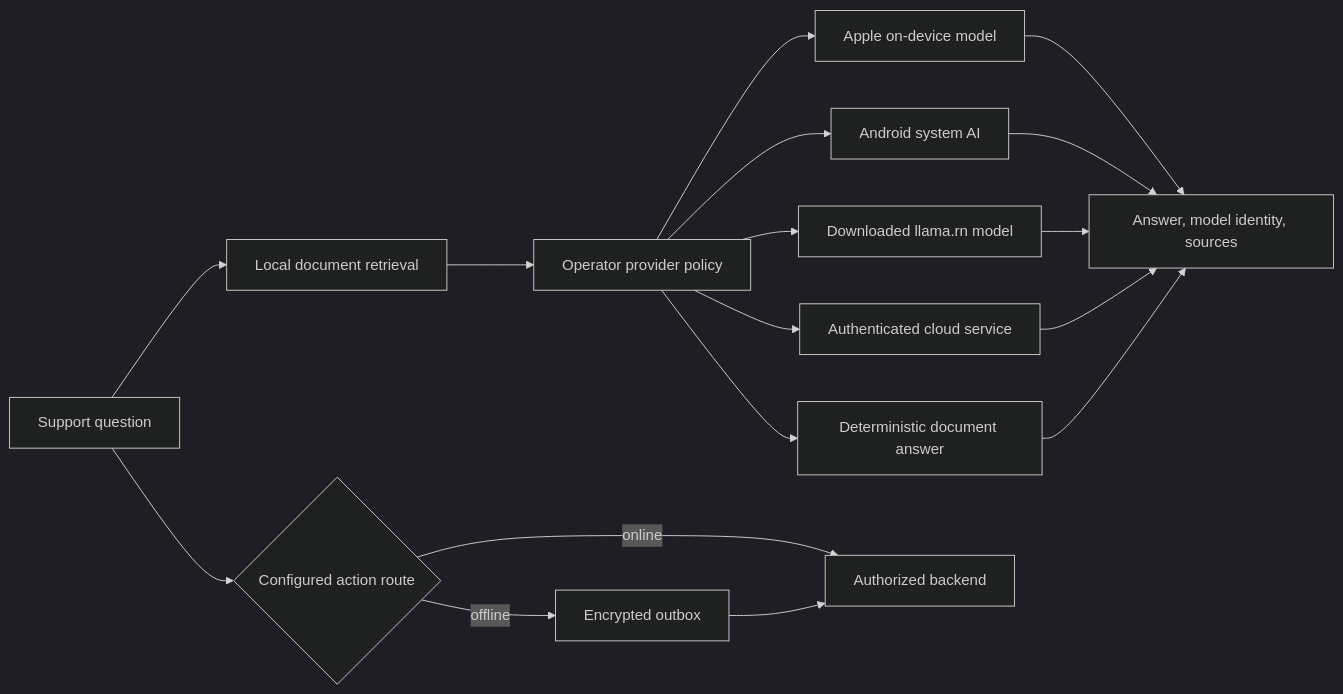
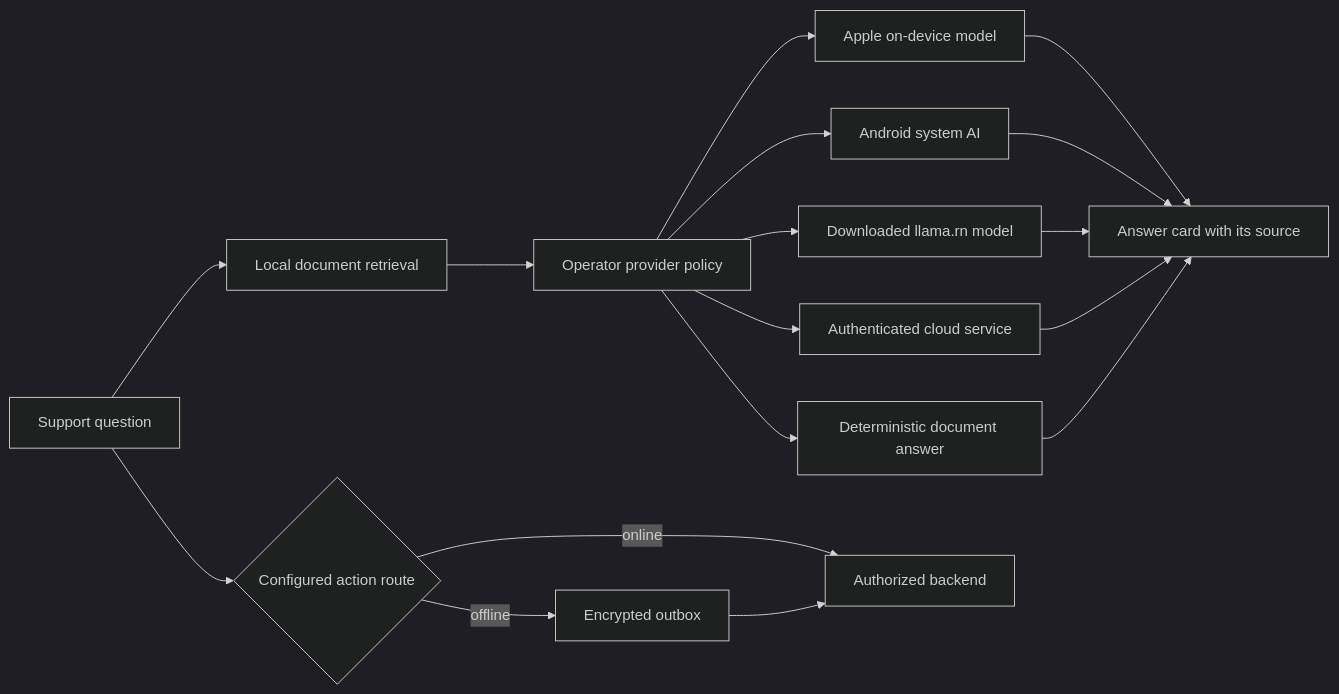
One commit to xmpuspus/airgap changed the diagram in README.md. Above: the diagram before and after it, drawn with Mermaid (dark theme). The commit also changed other lines of this file and 65 other files, not shown here.

````diff
--- a/README.md
+++ b/README.md
@@ -314,19 +279,19 @@
 ```mermaid
 flowchart LR
     Q[Support question] --> R[Local document retrieval]
     R --> P[Operator provider policy]
     P --> A[Apple on-device model]
     P --> G[Android system AI]
     P --> L[Downloaded llama.rn model]
     P --> C[Authenticated cloud service]
     P --> D[Deterministic document answer]
-    A --> V[Answer, model identity, sources]
+    A --> V[Answer card with its source]
     G --> V
     L --> V
     C --> V
     D --> V
     Q --> T{Configured action route}
     T -->|online| B[Authorized backend]
     T -->|offline| O[Encrypted outbox]
     O --> B
 ```
````
